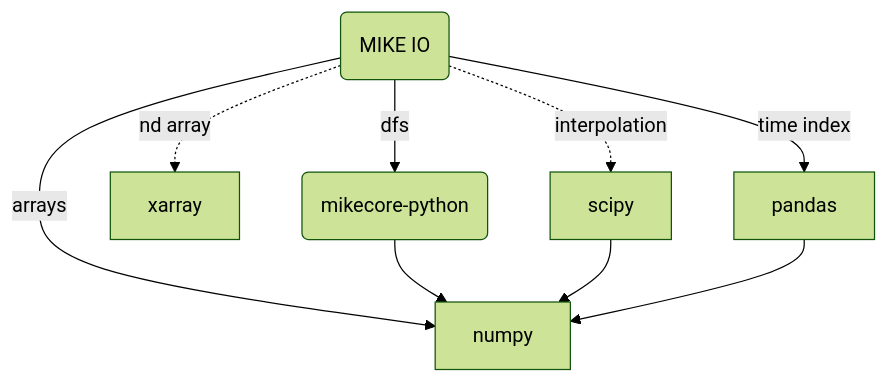
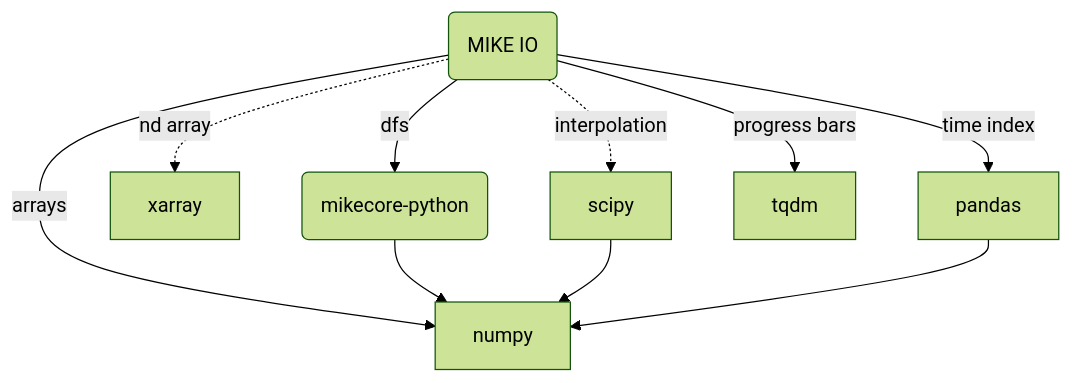
One commit to DHI/mikeio changed the diagram in Dependencies.md. Above: the diagram before and after it, drawn with Mermaid (forest theme). The commit also changed 2 other files, not shown here.

Commit message:
Ignore the files a docs build leaves in the source tree
quarto renders .html/.ipynb and *_files/ next to the .qmd sources and
copies site_libs/ into docs/, and the examples write their dfs output into
docs/examples/. None of it was ignored, so `just docs` left 60+ untracked
files sitting in the tree, ready to be committed by accident.

Also added tqdm to the dependency graph, a dependency since #1039.

````diff
--- a/Dependencies.md
+++ b/Dependencies.md
@@ -3,11 +3,12 @@
 ```mermaid
 graph TD
     mikeio(MIKE IO)-->|dfs| mikecore(mikecore-python)
     mikeio--> |arrays| numpy
     mikeio -.-> |nd array| xarray
     mikecore-->numpy
     mikeio-.->|interpolation| scipy
     scipy --> numpy
     mikeio-->|time index| pandas
+    mikeio-->|progress bars| tqdm
     pandas--> numpy
 ```
````
